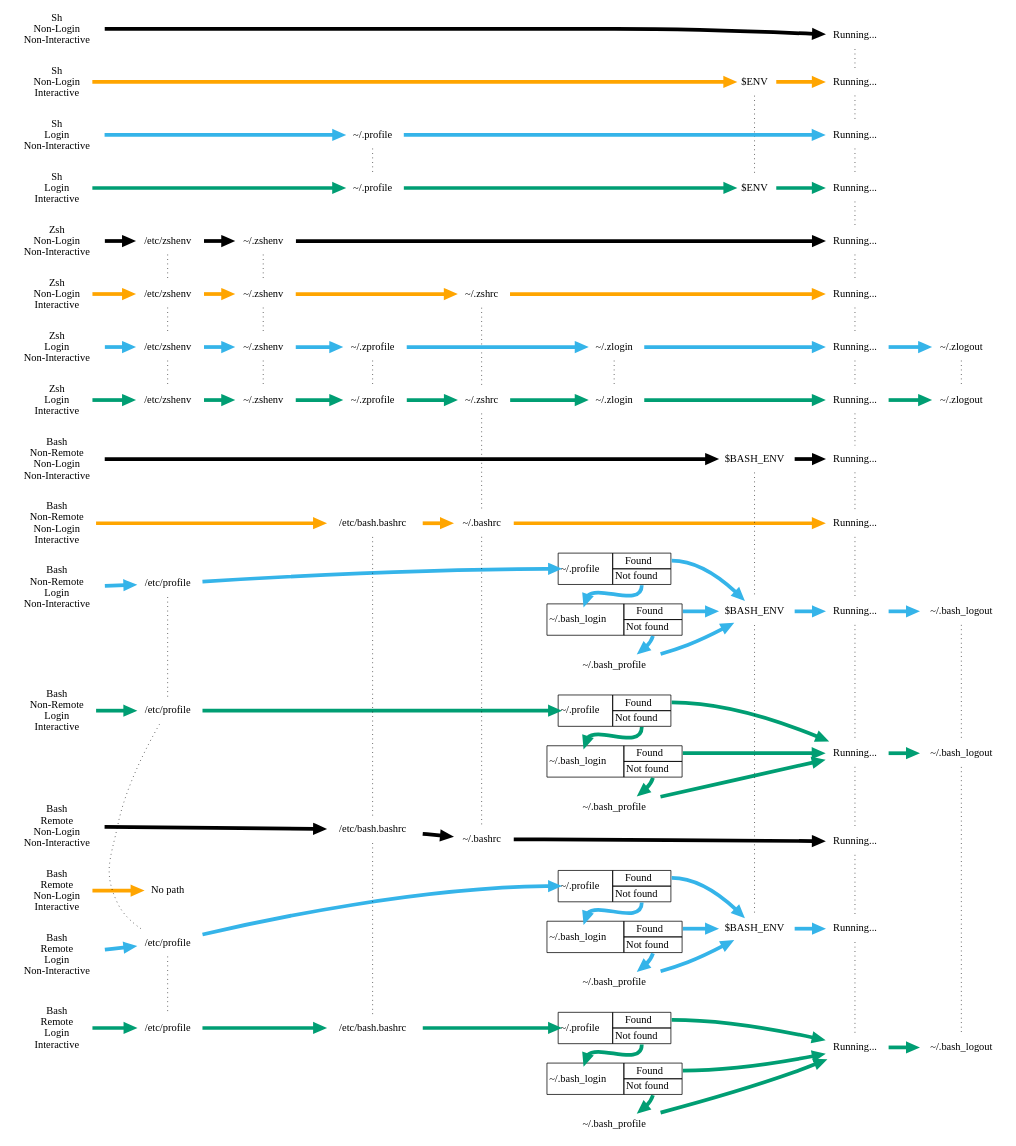
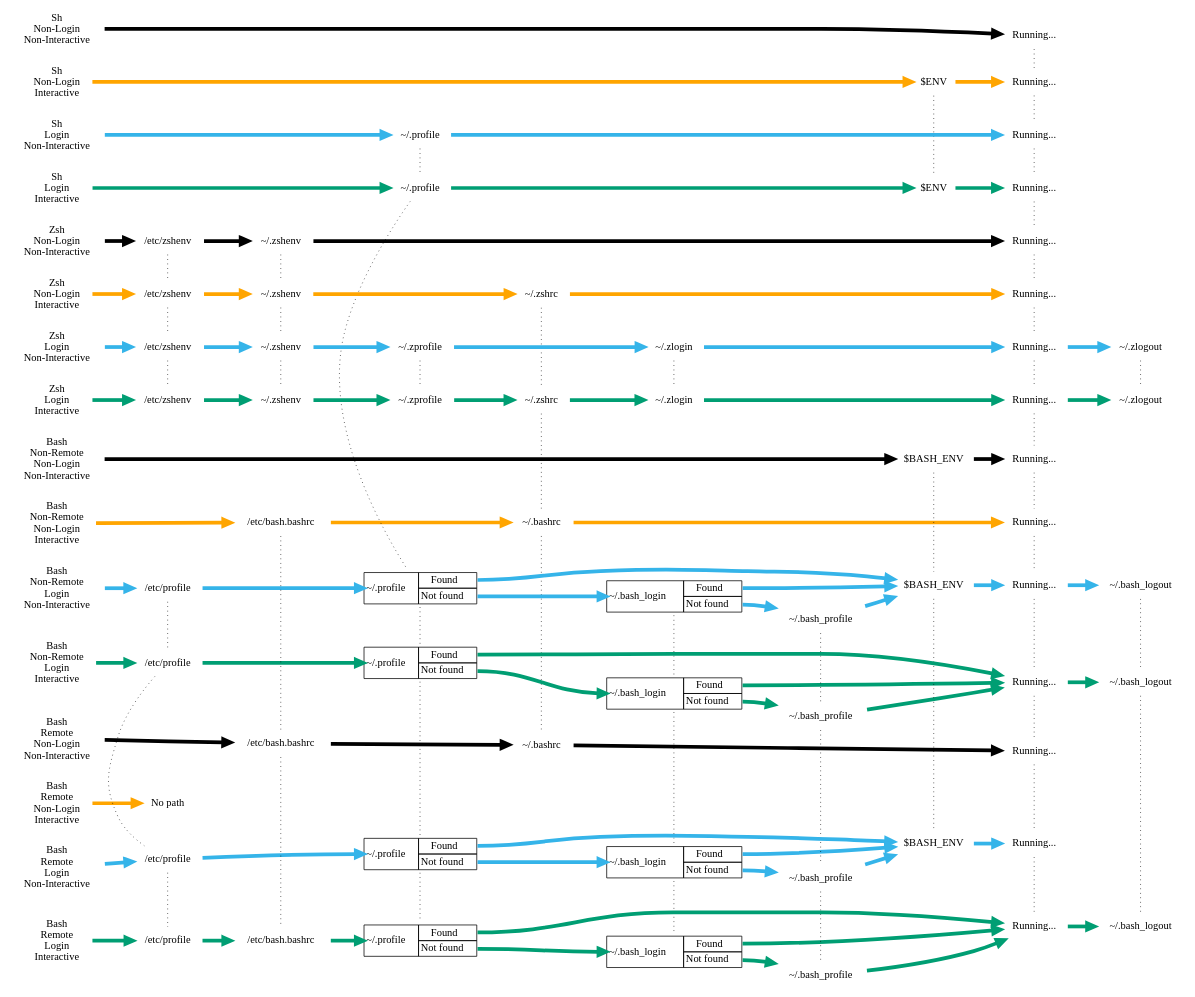
One commit to mikemol/mikemol.github.io changed the diagram in assets/sh-zsh-bash-refactor/refactor-output/refactor-output.dot. Above: the diagram before and after it, drawn with Graphviz. The commit also changed 2 other files, not shown here.

Commit message:
Don't cluster ~/.profile, ~/.bash_login and ~/.bash_profile
Graphviz wouldn't get us a consistent ordering of the subgroupings when we made changes in other places, so it was fragile. That usually means we're violating KISS somehow.

```diff
--- a/assets/sh-zsh-bash-refactor/refactor-output/refactor-output.dot
+++ b/assets/sh-zsh-bash-refactor/refactor-output/refactor-output.dot
@@ -39,21 +39,17 @@
         zsh_li_home_zlogin
 
         node  [label=< <table border='0' cellborder='1' cellspacing='0'><tr><td rowspan='2' port='in'>~/.bash_login</td><td port='found'>Found</td></tr><tr><td port='not_found'>Not found</td></tr></table> > shape=none]
-        bash_nln_home_bash_login_case
-        bash_nli_home_bash_login_case
-        bash_rln_home_bash_login_case
+        bash_nln_home_bash_login_case ->
+        bash_nli_home_bash_login_case ->
+        bash_rln_home_bash_login_case ->
         bash_rli_home_bash_login_case
-
-        node [label=< <table border='0' cellborder='1' cellspacing='0'><tr><td rowspan='2' port='in'>~/.profile</td><td port='found'>Found</td></tr><tr><td port='not_found'>Not found</td></tr></table> > shape=none]
-        bash_nln_home_profile_case
-        bash_nli_home_profile_case
-        bash_rln_home_profile_case
-        bash_rli_home_profile_case
-
+    }
+    {
+        rank=same
         node [label="~/.bash_profile"]
-        bash_nln_home_bash_profile
-        bash_nli_home_bash_profile
-        bash_rln_home_bash_profile
+        bash_nln_home_bash_profile ->
+        bash_nli_home_bash_profile ->
+        bash_rln_home_bash_profile ->
         bash_rli_home_bash_profile
     }
 
@@ -132,6 +128,15 @@
         node [label="~/.zprofile"]
         zsh_ln_home_zprofile ->
         zsh_li_home_zprofile
+
+        node [label=< <table border='0' cellborder='1' cellspacing='0'><tr><td rowspan='2' port='in'>~/.profile</td><td port='found'>Found</td></tr><tr><td port='not_found'>Not found</td></tr></table> > shape=none]
+        bash_nln_home_profile_case ->
+        bash_nli_home_profile_case ->
+        bash_rln_home_profile_case ->
+        bash_rli_home_profile_case
+
+        sh_li_home_profile -> bash_nln_home_profile_case
+
     }
 
     {
@@ -225,5 +230,4 @@
     bash_rli_home_profile_case:found -> bash_rli_running_to_logout 
     bash_rli_home_profile_case:not_found -> bash_rli_home_bash_login_case:in
     bash_rli_running_to_logout -> bash_rli_logout
-
 }
```
